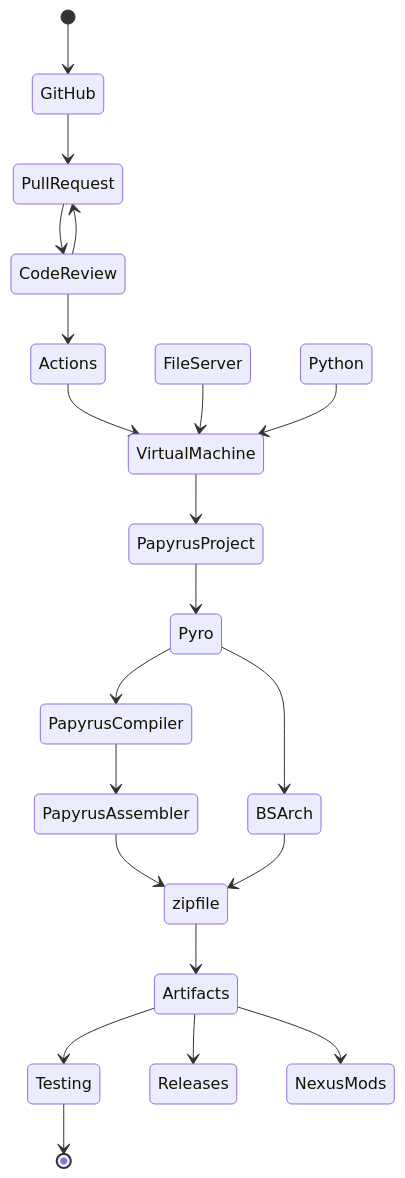
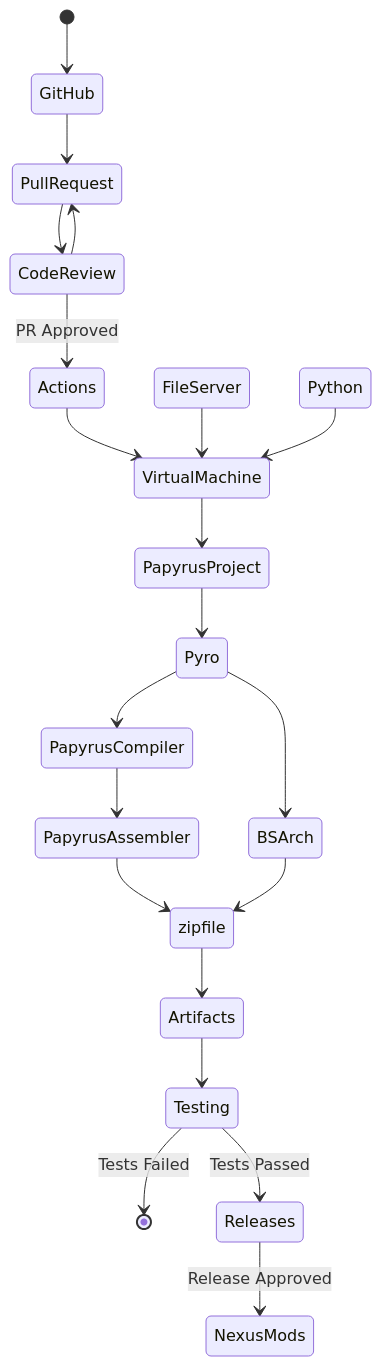
The diagram in pyro/workflows/continuous-integration.md (fireundubh/playwithfire), drawn with Mermaid before and after one commit. The commit also changed other lines of this file, not shown here.

Commit message:
docs: update pyro/workflows/continuous-integration

````diff
--- a/pyro/workflows/continuous-integration.md
+++ b/pyro/workflows/continuous-integration.md
@@ -22,23 +22,23 @@
 ```mermaid
 stateDiagram
   [*] --> GitHub
 	GitHub --> PullRequest
 	PullRequest --> CodeReview
 	CodeReview --> PullRequest
-	CodeReview --> Actions
+	CodeReview --> Actions: PR Approved
   Actions --> VirtualMachine
   FileServer --> VirtualMachine
   Python --> VirtualMachine
   VirtualMachine --> PapyrusProject
   PapyrusProject --> Pyro
 	Pyro --> PapyrusCompiler
   PapyrusCompiler --> PapyrusAssembler
   Pyro --> BSArch
   PapyrusAssembler --> zipfile
   BSArch --> zipfile
   zipfile --> Artifacts
   Artifacts --> Testing
-  Testing --> [*]
-  Artifacts --> Releases
-  Artifacts --> NexusMods
+  Testing --> [*]: Tests Failed
+  Testing --> Releases: Tests Passed
+  Releases --> NexusMods: Release Approved
 ```
````
